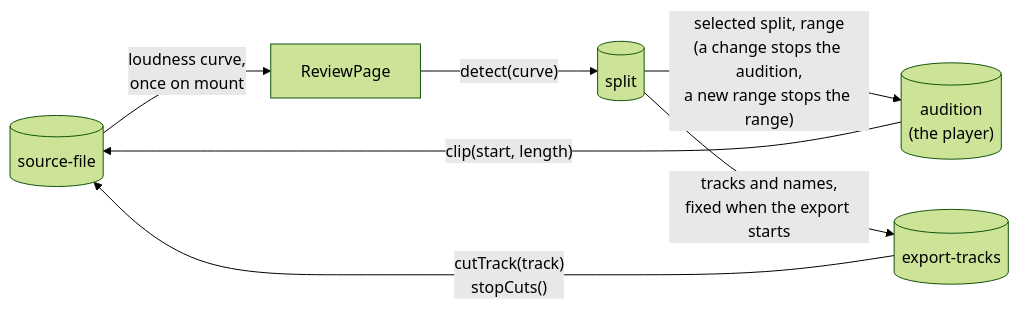
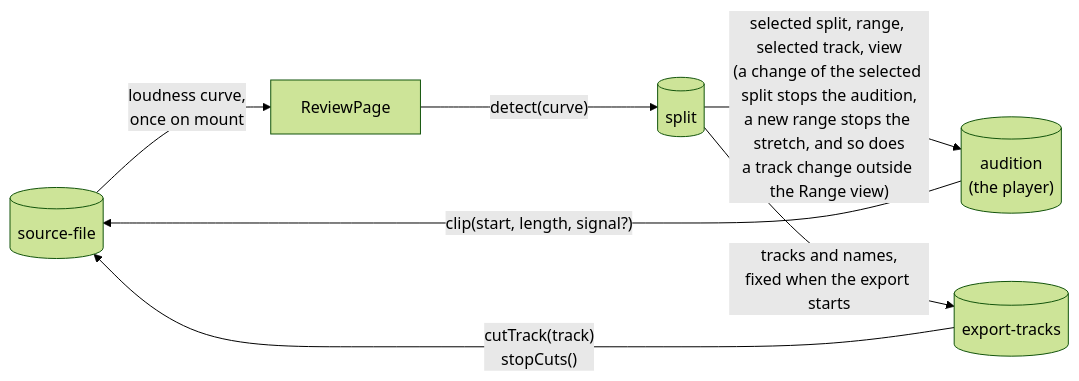
One commit to suleymanyaryev/audio-splitter changed the first of 7 diagrams in docs/architecture.md. Above: the diagram before and after it, drawn with Mermaid (forest theme). The commit also changed other lines of this file, not shown here.

First line of the commit message:
docs: bring the architecture diagrams up to the track and the window ahead

````diff
--- a/docs/architecture.md
+++ b/docs/architecture.md
@@ -18,15 +18,15 @@
 ```mermaid
 flowchart LR
   sourceFile[("source-file")]
   split[("split")]
   audition[("audition<br/>(the player)")]
   exporter[("export-tracks")]
   reviewPage["ReviewPage"]
 
   sourceFile -- "loudness curve,<br/>once on mount" --> reviewPage
   reviewPage -- "detect(curve)" --> split
-  split -- "selected split, range<br/>(a change stops the audition,<br/>a new range stops the range)" --> audition
-  audition -- "clip(start, length)" --> sourceFile
+  split -- "selected split, range, selected track, view<br/>(a change of the selected split stops the audition,<br/>a new range stops the stretch, and so does<br/>a track change outside the Range view)" --> audition
+  audition -- "clip(start, length, signal?)" --> sourceFile
   split -- "tracks and names,<br/>fixed when the export starts" --> exporter
   exporter -- "cutTrack(track)<br/>stopCuts()" --> sourceFile
 ```
````
